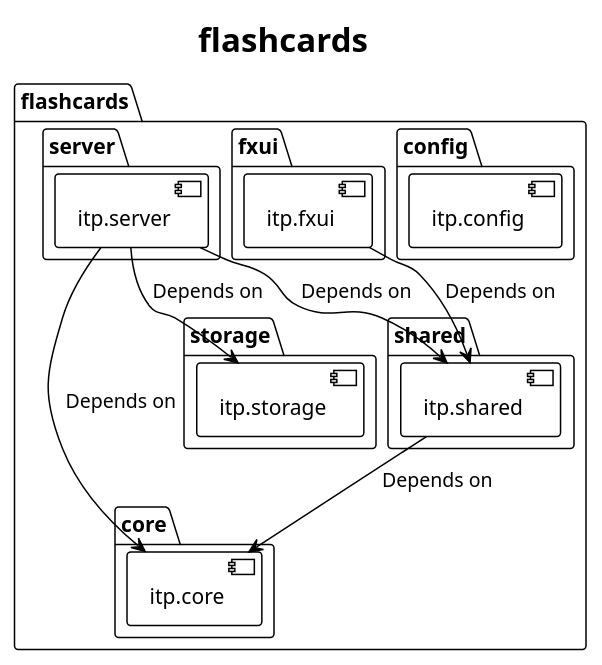
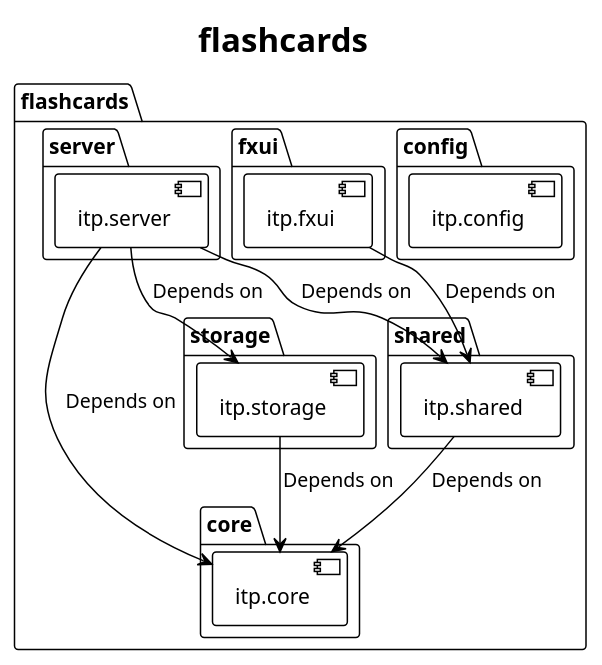
One commit to marennodenes/Flashcard-App changed the diagram in docs/release_3/uml_documentation/package.puml. Above: the diagram before and after it, drawn with PlantUML. The commit also changed 10 other files, not shown here.

First line of the commit message:
docs(uml): updated class and package diagrams

```diff
--- a/docs/release_3/uml_documentation/package.puml
+++ b/docs/release_3/uml_documentation/package.puml
@@ -1,41 +1,42 @@
 @startuml package
 !theme plain
 skinparam monochrome true
 skinparam shadowing false
 !pragma layout smetana
 title flashcards
 
 package "flashcards" {
 
     package "config" {
         [itp.config]
     }
 
     package "core" {
         [itp.core]
     }
     
     package "fxui" {
         [itp.fxui]
     }
 
     package "storage" {
         [itp.storage]
     }
 
     package "shared" {
         [itp.shared]
     }
 
     package "server" {
         [itp.server]
     }
 }
 
+"itp.server" --> "itp.core" : "Depends on"
 "itp.server" --> "itp.storage" : "Depends on"
 "itp.server" --> "itp.shared" : "Depends on"
-"itp.server" --> "itp.core" : "Depends on"
 "itp.fxui" --> "itp.shared" : "Depends on"
 "itp.shared" --> "itp.core" : "Depends on"
+"itp.storage" --> "itp.core" : "Depends on"
 
 @enduml
```
